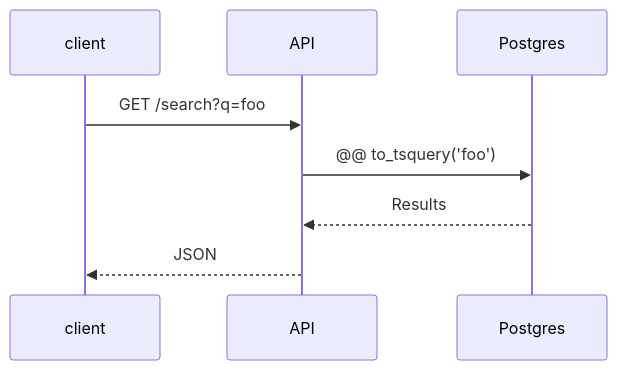
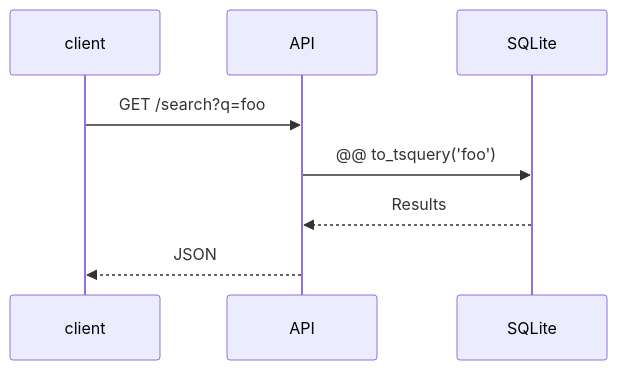
The diagram in docs/architecture.md (SumitDalavi/full-text-search-api), drawn with Mermaid before and after one commit. The commit also changed other lines of this file and 5 other files, not shown here.

Commit message:
docs: update architecture and READMEs to reflect independent embedded microservices

````diff
--- a/docs/architecture.md
+++ b/docs/architecture.md
@@ -6,7 +6,7 @@
 ```mermaid
 sequenceDiagram
     client->>API: GET /search?q=foo
-API->>Postgres: @@ to_tsquery('foo')
-Postgres-->>API: Results
+API->>SQLite: @@ to_tsquery('foo')
+SQLite-->>API: Results
 API-->>client: JSON
 ```
````
